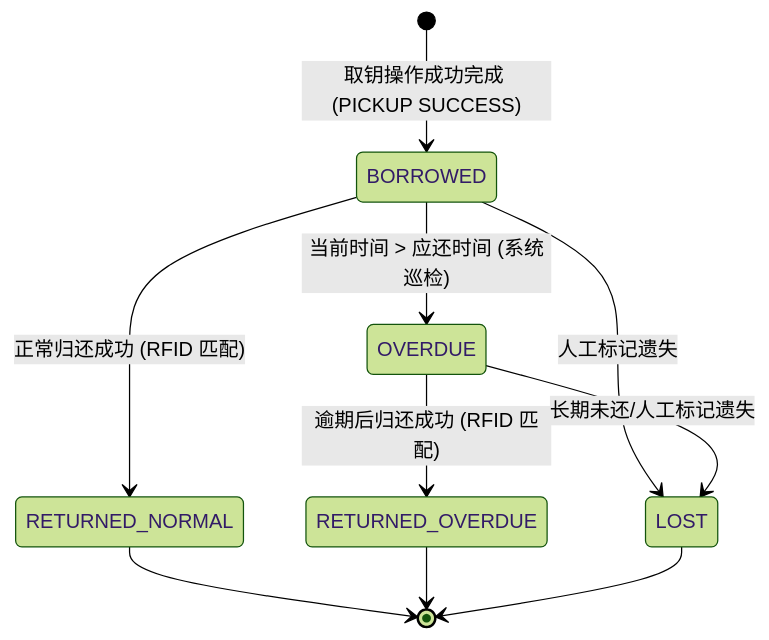
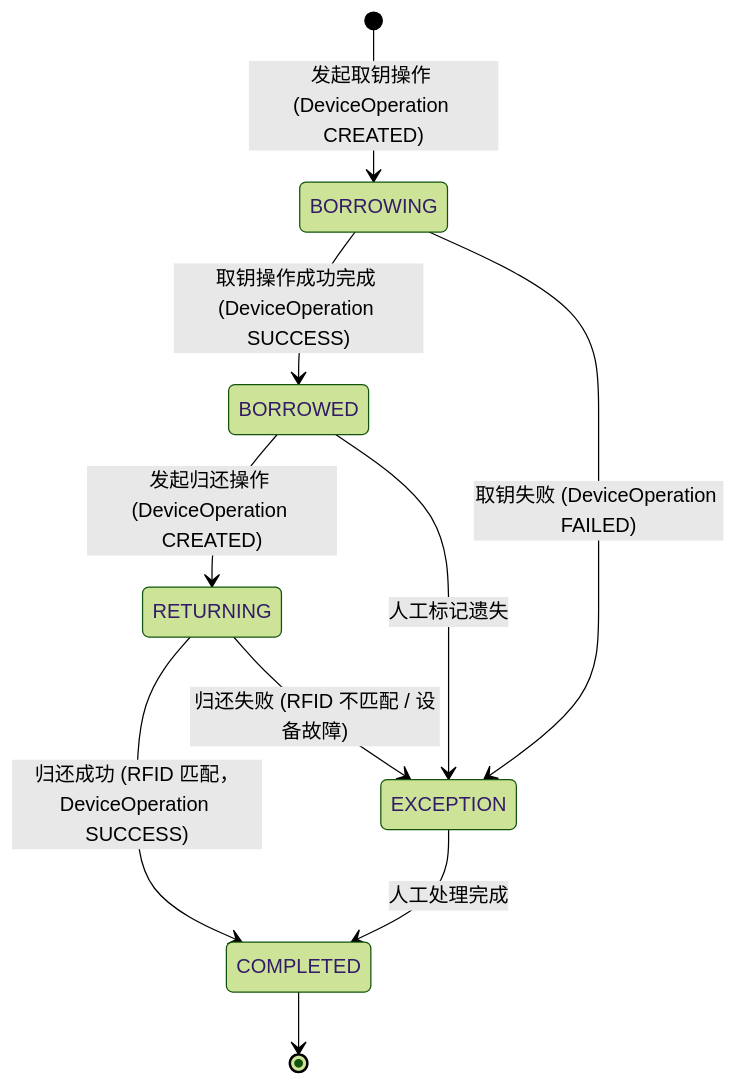
The third of 5 diagrams in docs/03-STATE-MACHINE.md (zhouwu97/key-cabinet), drawn with Mermaid (forest theme) before and after one commit. The commit also changed other lines of this file and 5 other files, not shown here.

````diff
--- a/docs/03-STATE-MACHINE.md
+++ b/docs/03-STATE-MACHINE.md
@@ -116,12 +131,12 @@
 ```mermaid
 stateDiagram-v2
-    [*] --> BORROWED : 取钥操作成功完成 (PICKUP SUCCESS)
-    BORROWED --> OVERDUE : 当前时间 > 应还时间 (系统巡检)
-    BORROWED --> RETURNED_NORMAL : 正常归还成功 (RFID 匹配)
-    OVERDUE --> RETURNED_OVERDUE : 逾期后归还成功 (RFID 匹配)
-    BORROWED --> LOST : 人工标记遗失
-    OVERDUE --> LOST : 长期未还/人工标记遗失
-    RETURNED_NORMAL --> [*]
-    RETURNED_OVERDUE --> [*]
-    LOST --> [*]
+    [*] --> BORROWING : 发起取钥操作 (DeviceOperation CREATED)
+    BORROWING --> BORROWED : 取钥操作成功完成 (DeviceOperation SUCCESS)
+    BORROWING --> EXCEPTION : 取钥失败 (DeviceOperation FAILED)
+    BORROWED --> RETURNING : 发起归还操作 (DeviceOperation CREATED)
+    RETURNING --> COMPLETED : 归还成功 (RFID 匹配，DeviceOperation SUCCESS)
+    RETURNING --> EXCEPTION : 归还失败 (RFID 不匹配 / 设备故障)
+    BORROWED --> EXCEPTION : 人工标记遗失
+    EXCEPTION --> COMPLETED : 人工处理完成
+    COMPLETED --> [*]
 ```
````
